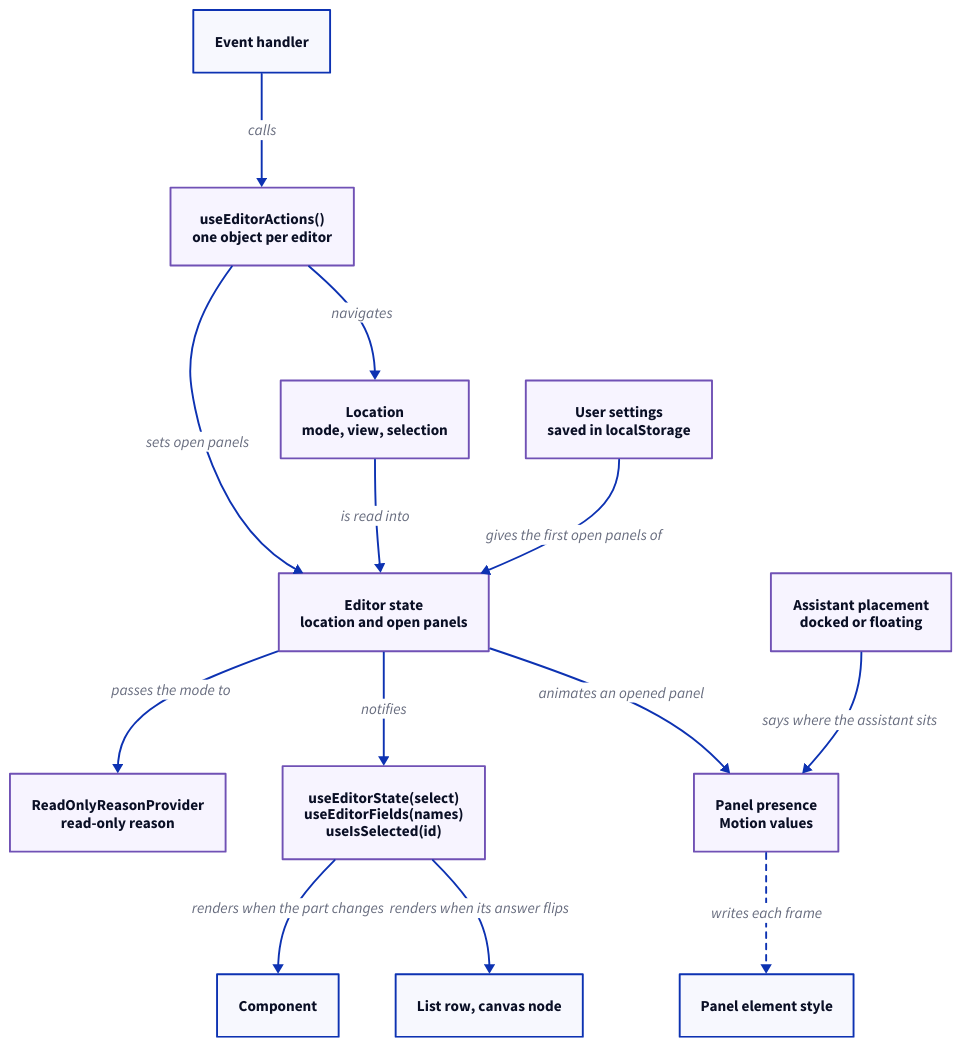
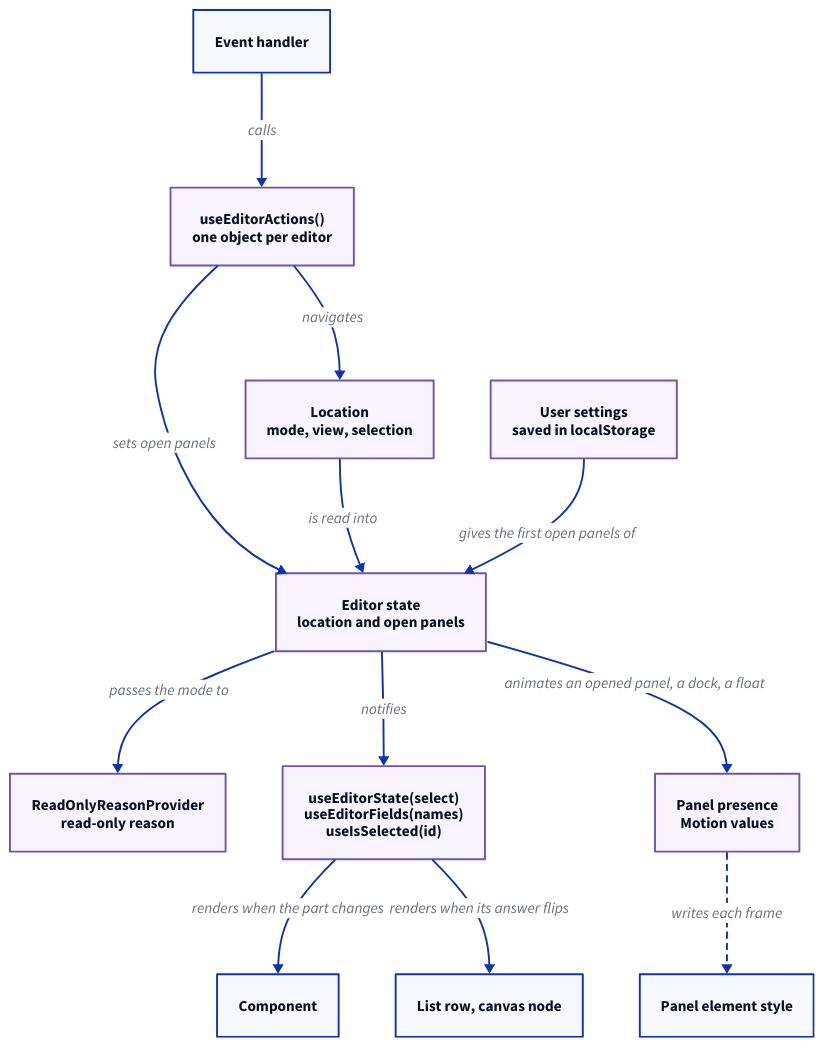
The diagram in libs/@hashintel/petrinaut/src/react/state/editor-state.d2 (hashintel/hash), drawn with D2 before and after one commit. The commit also changed 12 other files, not shown here.

First line of the commit message:
FE-2319: Keep the assistant's placement in the editor state

```diff
--- a/libs/@hashintel/petrinaut/src/react/state/editor-state.d2
+++ b/libs/@hashintel/petrinaut/src/react/state/editor-state.d2
@@ -1,41 +1,39 @@
 # Hand-written; rendered by the arch-docs build.
 direction: down
 
 vars: {
   d2-legend: {
     a -> b: renders through React
     a -> b: writes each frame {style.stroke-dash: 3}
     a.style.opacity: 0
     b.style.opacity: 0
   }
 }
 
 classes: {
   react: {style.fill: "#f7f4ff"; style.stroke: "#7051b5"}
 }
 
 handler: "Event handler"
 actions: "useEditorActions()\none object per editor" {class: react}
 location: "Location\nmode, view, selection" {class: react}
 settings: "User settings\nsaved in localStorage" {class: react}
 state: "Editor state\nlocation and open panels" {class: react}
 readonly: "ReadOnlyReasonProvider\nread-only reason" {class: react}
 part: "useEditorState(select)\nuseEditorFields(names)\nuseIsSelected(id)" {class: react}
 component: "Component"
 row: "List row, canvas node"
-placement: "Assistant placement\ndocked or floating" {class: react}
 presence: "Panel presence\nMotion values" {class: react}
 element: "Panel element style"
 
 handler -> actions: "calls"
 actions -> location: "navigates"
 actions -> state: "sets open panels"
 location -> state: "is read into"
 settings -> state: "gives the first open panels of"
 state -> readonly: "passes the mode to"
 state -> part: "notifies"
 part -> component: "renders when the part changes"
 part -> row: "renders when its answer flips"
-state -> presence: "animates an opened panel"
-placement -> presence: "says where the assistant sits"
+state -> presence: "animates an opened panel, a dock, a float"
 presence -> element: "writes each frame" {style.stroke-dash: 3}
```
